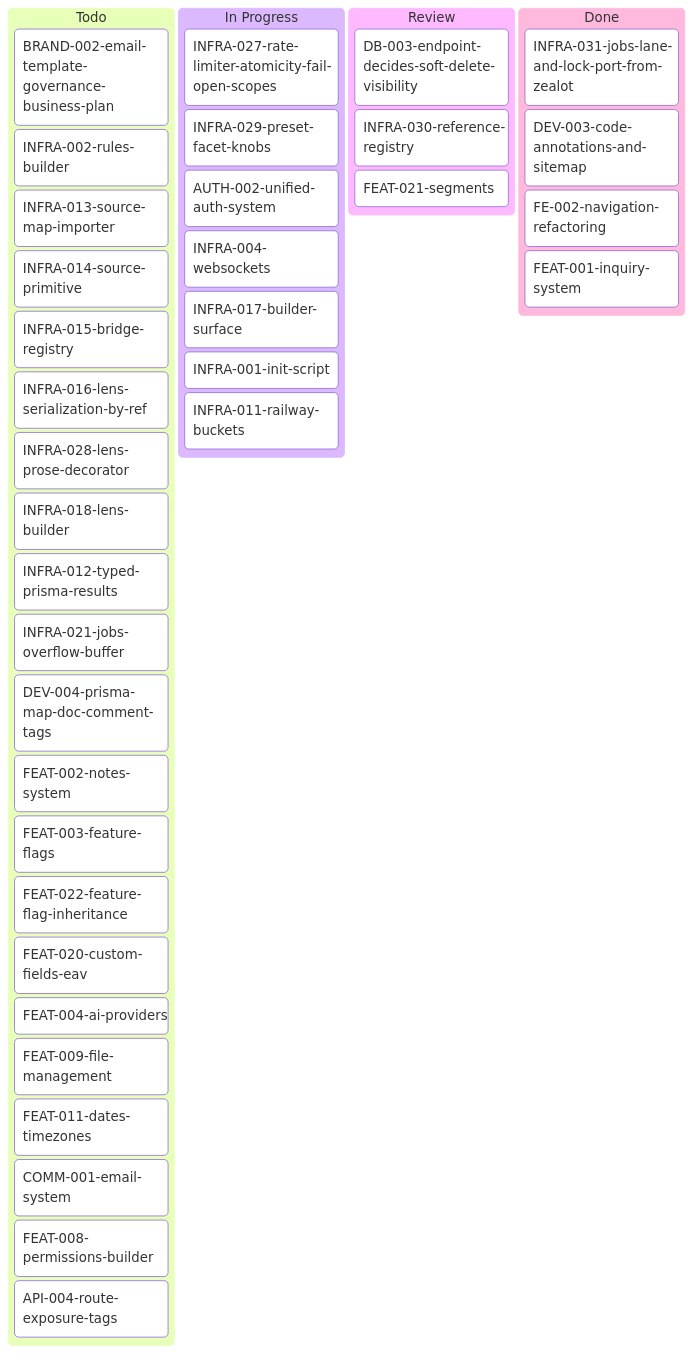
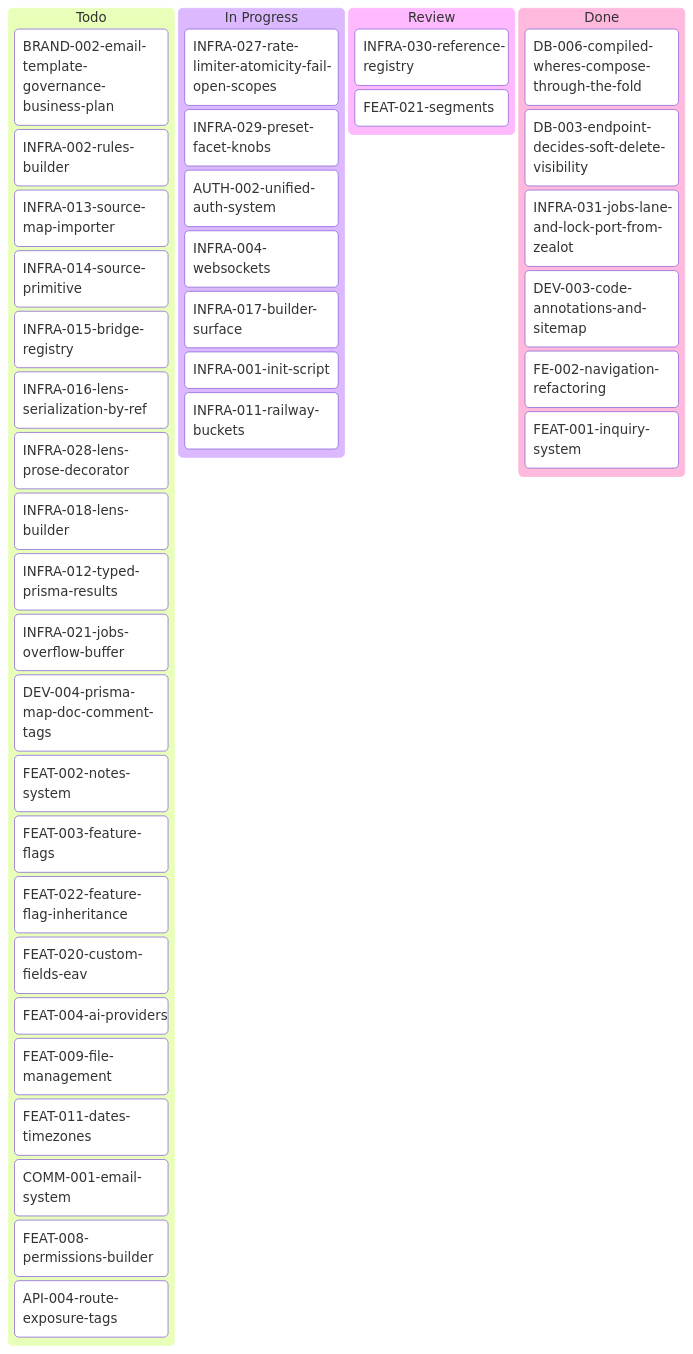
The diagram in tickets/kanban-aron.md (inixiative/template), drawn with Mermaid before and after one commit. The commit also changed other lines of this file and 10 other files, not shown here.

````diff
--- a/tickets/kanban-aron.md
+++ b/tickets/kanban-aron.md
@@ -3,47 +3,48 @@
 ```mermaid
 ---
 config:
   kanban:
     ticketBaseUrl: 'https://github.com/yourorg/template/blob/main/tickets/#TICKET#'
 ---
 kanban
   Todo
     BRAND-002-email-template-governance-business-plan
     INFRA-002-rules-builder
     INFRA-013-source-map-importer
     INFRA-014-source-primitive
     INFRA-015-bridge-registry
     INFRA-016-lens-serialization-by-ref
     INFRA-028-lens-prose-decorator
     INFRA-018-lens-builder
     INFRA-012-typed-prisma-results
     INFRA-021-jobs-overflow-buffer
     DEV-004-prisma-map-doc-comment-tags
     FEAT-002-notes-system
     FEAT-003-feature-flags
     FEAT-022-feature-flag-inheritance
     FEAT-020-custom-fields-eav
     FEAT-004-ai-providers
     FEAT-009-file-management
     FEAT-011-dates-timezones
     COMM-001-email-system
     FEAT-008-permissions-builder
     API-004-route-exposure-tags
   In Progress
     INFRA-027-rate-limiter-atomicity-fail-open-scopes
     INFRA-029-preset-facet-knobs
     AUTH-002-unified-auth-system
     INFRA-004-websockets
     INFRA-017-builder-surface
     INFRA-001-init-script
     INFRA-011-railway-buckets
   Review
-    DB-003-endpoint-decides-soft-delete-visibility
     INFRA-030-reference-registry
     FEAT-021-segments
   Done
+    DB-006-compiled-wheres-compose-through-the-fold
+    DB-003-endpoint-decides-soft-delete-visibility
     INFRA-031-jobs-lane-and-lock-port-from-zealot
     DEV-003-code-annotations-and-sitemap
     FE-002-navigation-refactoring
     FEAT-001-inquiry-system
 ```
````
